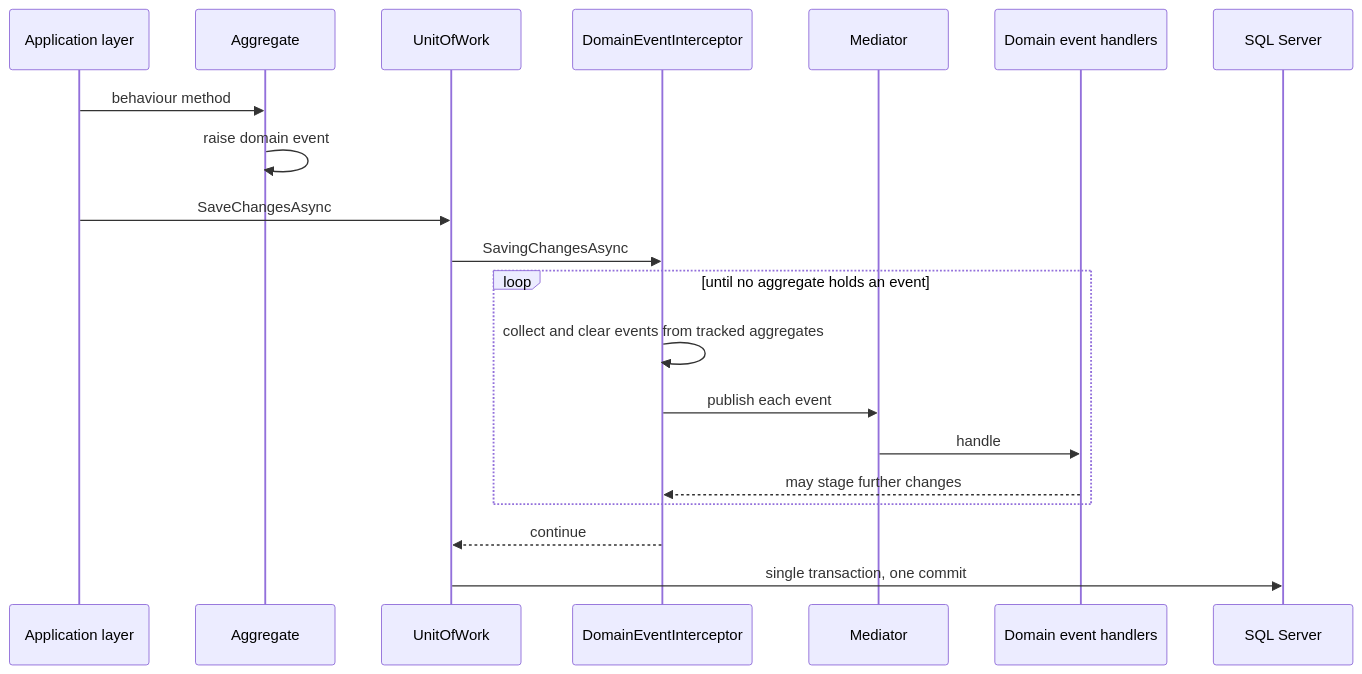
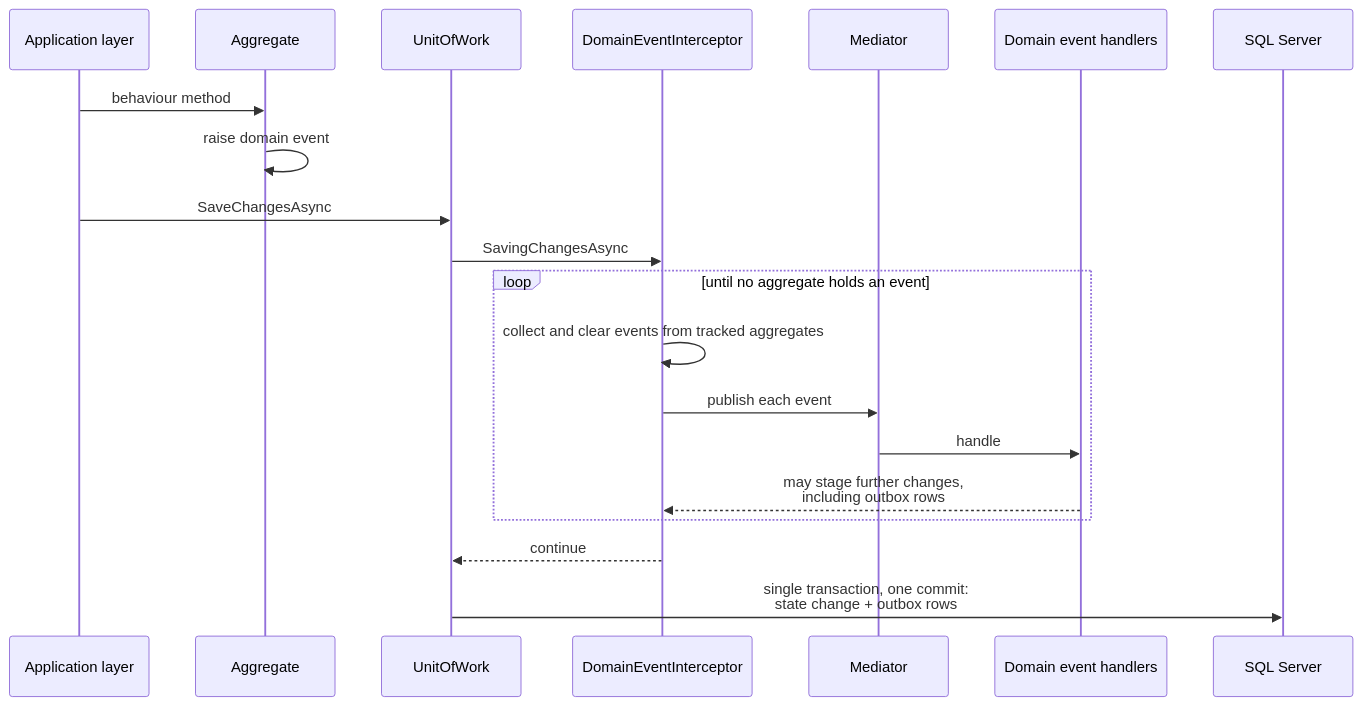
Before and after one commit to maxime-poulain/BLRefactoring: the third of 5 diagrams in README.md, drawn with Mermaid. The commit also changed other lines of this file and 43 other files, not shown here.

````diff
--- a/README.md
+++ b/README.md
@@ -431,23 +436,23 @@
 ```mermaid
 sequenceDiagram
     participant App as Application layer
     participant Agg as Aggregate
     participant UoW as UnitOfWork
     participant Int as DomainEventInterceptor
     participant Med as Mediator
     participant H as Domain event handlers
     participant DB as SQL Server
 
     App->>Agg: behaviour method
     Agg->>Agg: raise domain event
     App->>UoW: SaveChangesAsync
     UoW->>Int: SavingChangesAsync
     loop until no aggregate holds an event
         Int->>Int: collect and clear events from tracked aggregates
         Int->>Med: publish each event
         Med->>H: handle
-        H-->>Int: may stage further changes
+        H-->>Int: may stage further changes,<br/>including outbox rows
     end
     Int-->>UoW: continue
-    UoW->>DB: single transaction, one commit
+    UoW->>DB: single transaction, one commit:<br/>state change + outbox rows
 ```
````
